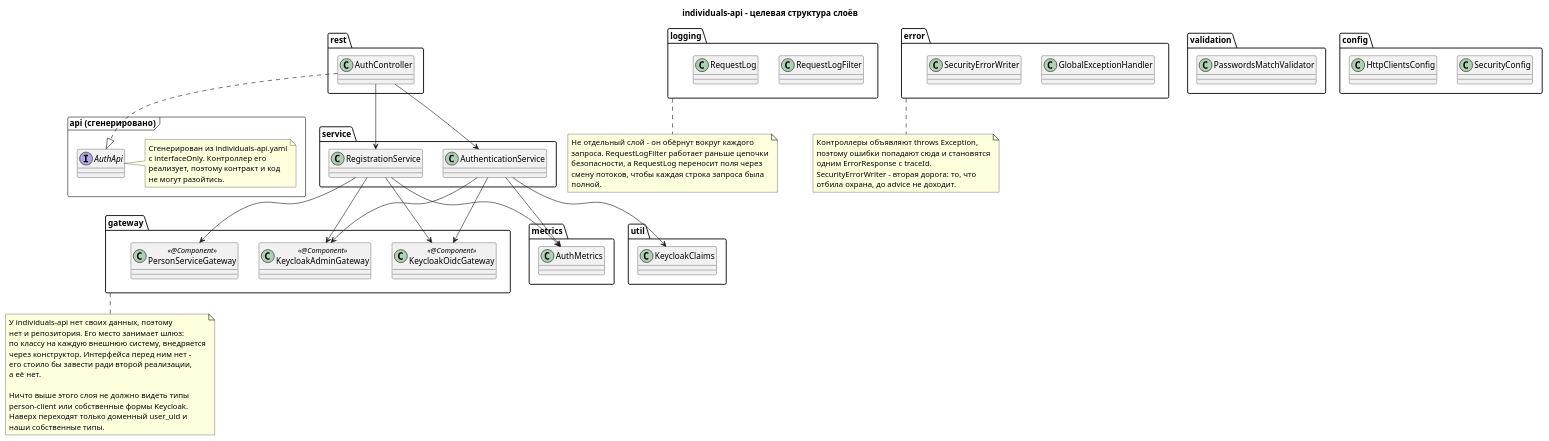
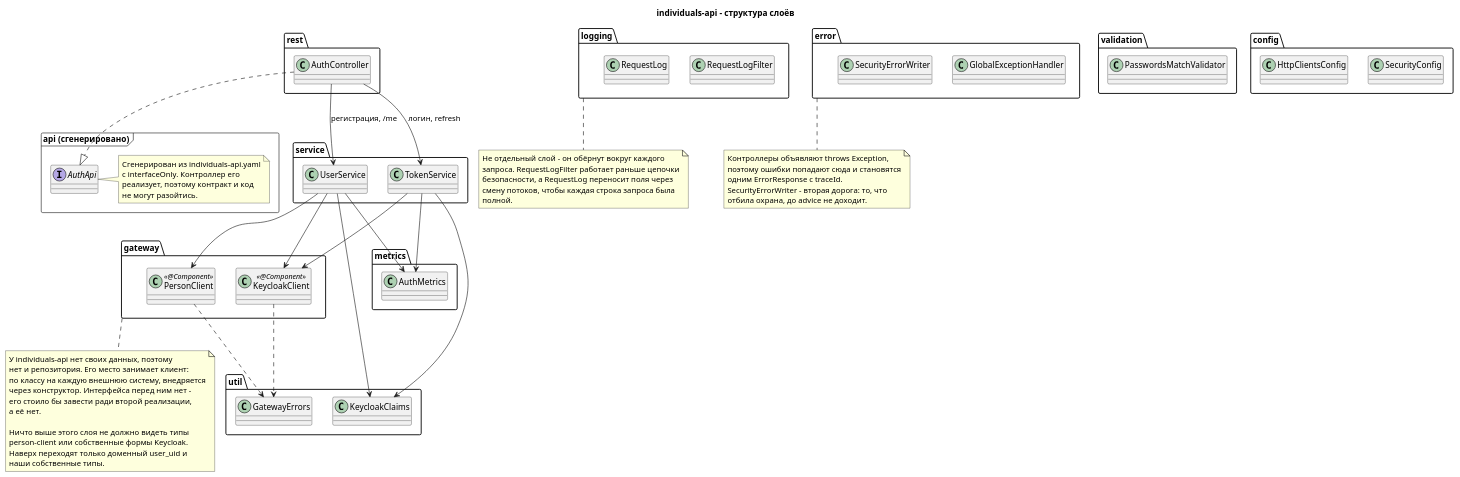
Before and after one commit to dezxxx/payment-platform: the diagram in docs/puml-ru/layers.puml, drawn with PlantUML. The commit also changed 91 other files, not shown here.

First line of the commit message:
refactor: follow the teacher's component diagram and build inside Docker

```diff
--- a/docs/puml-ru/layers.puml
+++ b/docs/puml-ru/layers.puml
@@ -1,103 +1,105 @@
 @startuml layers
-title individuals-api - целевая структура слоёв
+title individuals-api - структура слоёв
 
 skinparam shadowing false
 skinparam classAttributeIconSize 0
 
 package "api (сгенерировано)" <<Frame>> {
   interface AuthApi
   note right of AuthApi
     Сгенерирован из individuals-api.yaml
     с interfaceOnly. Контроллер его
     реализует, поэтому контракт и код
     не могут разойтись.
   end note
 }
 
 package rest {
   class AuthController
 }
 
 package service {
-  class RegistrationService
-  class AuthenticationService
+  class UserService
+  class TokenService
 }
 
 package gateway {
-  class PersonServiceGateway <<@Component>>
-  class KeycloakAdminGateway <<@Component>>
-  class KeycloakOidcGateway <<@Component>>
+  class PersonClient <<@Component>>
+  class KeycloakClient <<@Component>>
 }
 
 package validation {
   class PasswordsMatchValidator
 }
 
 package error {
   class GlobalExceptionHandler
   class SecurityErrorWriter
 }
 
 package logging {
   class RequestLogFilter
   class RequestLog
 }
 
 package config {
   class SecurityConfig
   class HttpClientsConfig
 }
 
 package util {
   class KeycloakClaims
+  class GatewayErrors
 }
 
 package metrics {
   class AuthMetrics
 }
 
 AuthController ..|> AuthApi
-AuthController --> RegistrationService
-AuthController --> AuthenticationService
+AuthController --> UserService : регистрация, /me
+AuthController --> TokenService : логин, refresh
 
-RegistrationService --> PersonServiceGateway
-RegistrationService --> KeycloakAdminGateway
-RegistrationService --> KeycloakOidcGateway
-AuthenticationService --> KeycloakOidcGateway
+UserService --> PersonClient
+UserService --> KeycloakClient
+TokenService --> KeycloakClient
 
-RegistrationService --> AuthMetrics
-AuthenticationService --> AuthMetrics
-AuthenticationService --> KeycloakAdminGateway
-AuthenticationService --> KeycloakClaims
+UserService --> AuthMetrics
+TokenService --> AuthMetrics
+UserService --> KeycloakClaims
+TokenService --> KeycloakClaims
+
+PersonClient ..> GatewayErrors
+KeycloakClient ..> GatewayErrors
 
 note bottom of gateway
   У individuals-api нет своих данных, поэтому
-  нет и репозитория. Его место занимает шлюз:
+  нет и репозитория. Его место занимает клиент:
   по классу на каждую внешнюю систему, внедряется
   через конструктор. Интерфейса перед ним нет -
   его стоило бы завести ради второй реализации,
   а её нет.
 
   Ничто выше этого слоя не должно видеть типы
   person-client или собственные формы Keycloak.
   Наверх переходят только доменный user_uid и
   наши собственные типы.
 end note
 
 note bottom of logging
   Не отдельный слой - он обёрнут вокруг каждого
   запроса. RequestLogFilter работает раньше цепочки
   безопасности, а RequestLog переносит поля через
   смену потоков, чтобы каждая строка запроса была
   полной.
 end note
 
 note bottom of error
   Контроллеры объявляют throws Exception,
   поэтому ошибки попадают сюда и становятся
   одним ErrorResponse с traceId.
   SecurityErrorWriter - вторая дорога: то, что
   отбила охрана, до advice не доходит.
 end note
 
 @enduml
```
